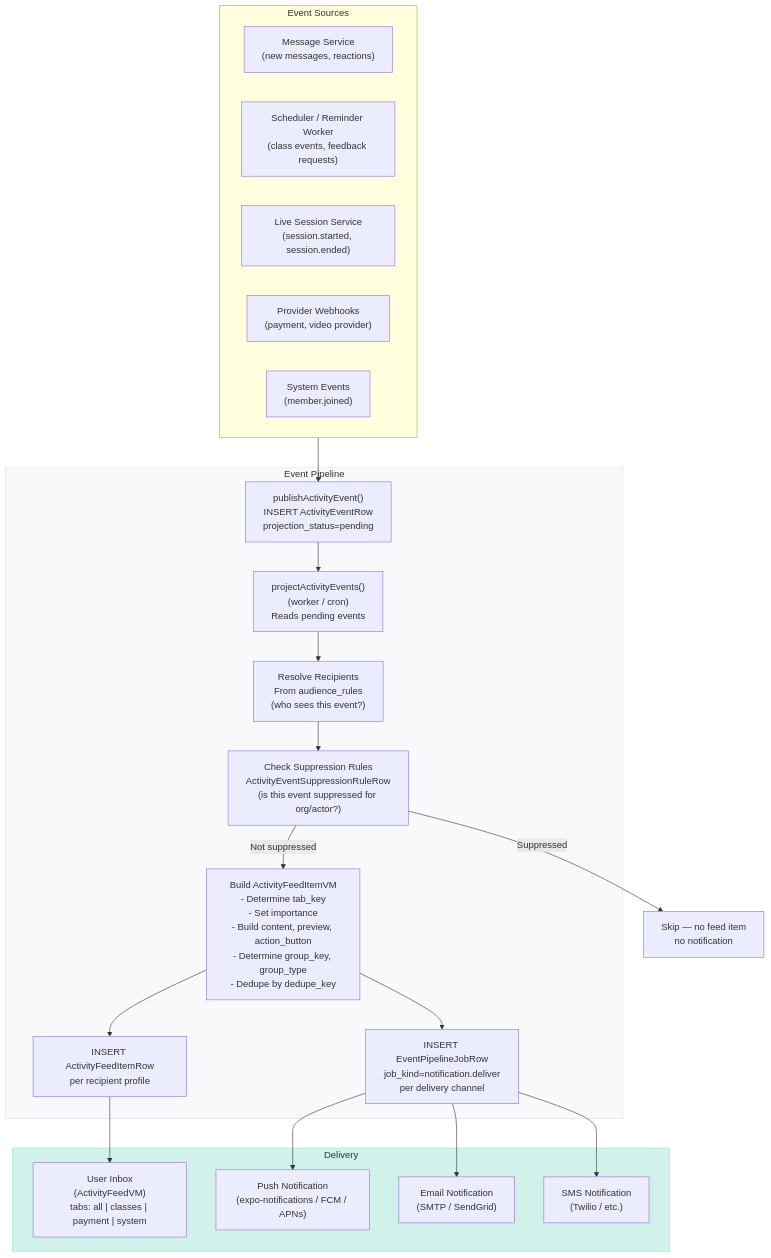
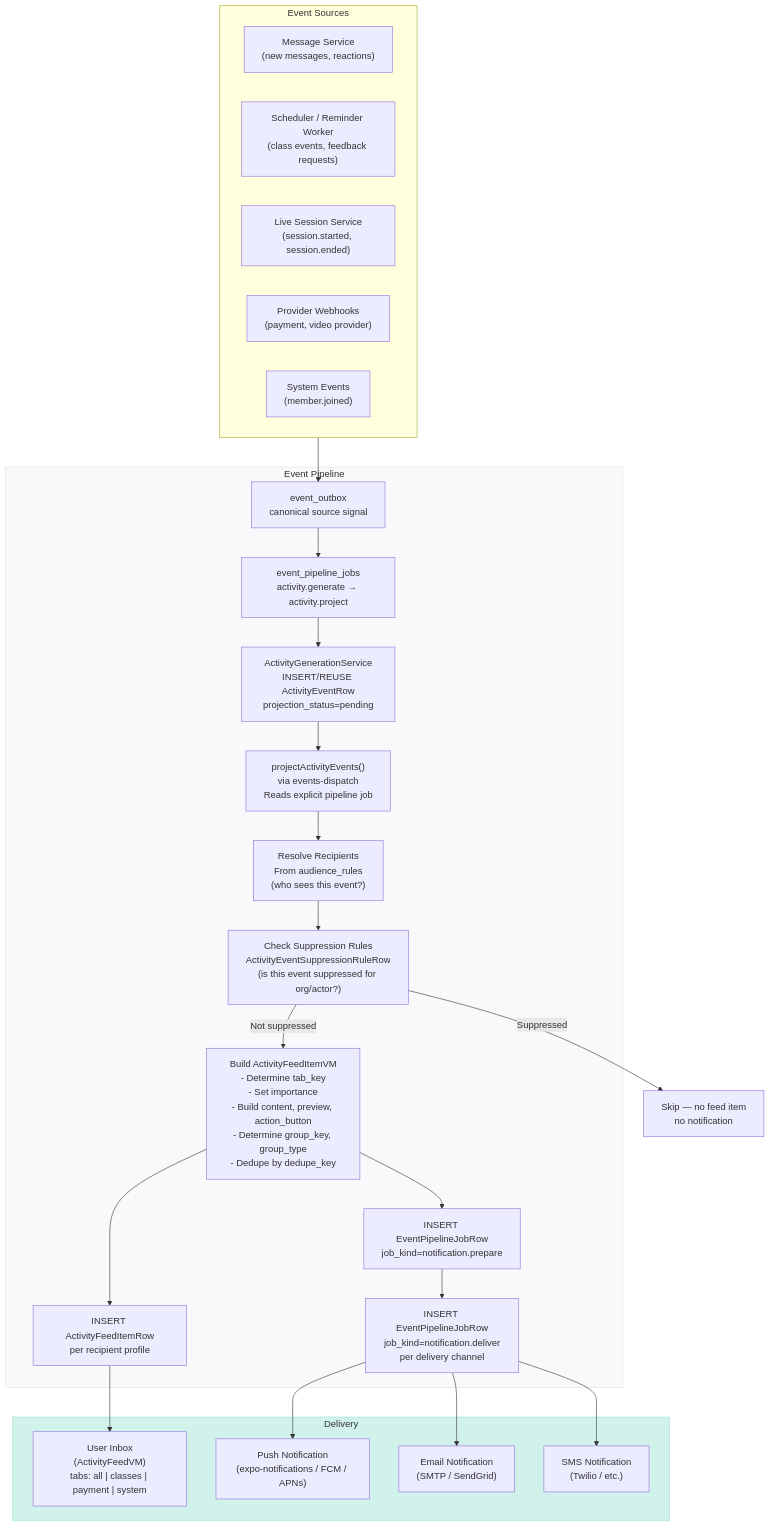
One commit to heidisoft/iconicedu-monorepo changed diagram 24 of 31 in docs/architecture/feature-diagrams.md. Above: the diagram before and after it, drawn with Mermaid. The commit also changed 8 other files, not shown here.

First line of the commit message:
Unify event pipeline docs and add legacy notes

````diff
--- a/docs/architecture/feature-diagrams.md
+++ b/docs/architecture/feature-diagrams.md
@@ -1233,47 +1233,56 @@
 ```mermaid
 flowchart TD
     subgraph SOURCES["Event Sources"]
         MSG_SVC["Message Service\n(new messages, reactions)"]
         SCHED_SVC["Scheduler / Reminder Worker\n(class events, feedback requests)"]
         SESSION_SVC["Live Session Service\n(session.started, session.ended)"]
         WEBHOOK["Provider Webhooks\n(payment, video provider)"]
         SYSTEM["System Events\n(member.joined)"]
     end
 
     subgraph PIPELINE["Event Pipeline"]
-        PUBLISH["publishActivityEvent()\nINSERT ActivityEventRow\nprojection_status=pending"]
+        OUTBOX["event_outbox\ncanonical source signal"]
 
-        PROJECTOR["projectActivityEvents()\n(worker / cron)\nReads pending events"]
+        JOBS["event_pipeline_jobs\nactivity.generate → activity.project"]
+
+        GENERATE["ActivityGenerationService\nINSERT/REUSE ActivityEventRow\nprojection_status=pending"]
+
+        PROJECTOR["projectActivityEvents()\nvia events-dispatch\nReads explicit pipeline job"]
 
         RESOLVE["Resolve Recipients\nFrom audience_rules\n(who sees this event?)"]
 
         SUPPRESS["Check Suppression Rules\nActivityEventSuppressionRuleRow\n(is this event suppressed for org/actor?)"]
 
         BUILD["Build ActivityFeedItemVM\n- Determine tab_key\n- Set importance\n- Build content, preview, action_button\n- Determine group_key, group_type\n- Dedupe by dedupe_key"]
 
         INSERT_FEED["INSERT ActivityFeedItemRow\nper recipient profile"]
+
+        NOTIF_PREP["INSERT EventPipelineJobRow\njob_kind=notification.prepare"]
 
         NOTIF["INSERT EventPipelineJobRow\njob_kind=notification.deliver\nper delivery channel"]
     end
 
     subgraph DELIVERY["Delivery"]
         INBOX["User Inbox\n(ActivityFeedVM)\ntabs: all | classes | payment | system"]
         PUSH["Push Notification\n(expo-notifications / FCM / APNs)"]
         EMAIL["Email Notification\n(SMTP / SendGrid)"]
         SMS["SMS Notification\n(Twilio / etc.)"]
     end
 
-    SOURCES --> PUBLISH
-    PUBLISH --> PROJECTOR
+    SOURCES --> OUTBOX
+    OUTBOX --> JOBS
+    JOBS --> GENERATE
+    GENERATE --> PROJECTOR
     PROJECTOR --> RESOLVE
     RESOLVE --> SUPPRESS
     SUPPRESS -->|Not suppressed| BUILD
     SUPPRESS -->|Suppressed| SKIP["Skip — no feed item\nno notification"]
     BUILD --> INSERT_FEED
-    BUILD --> NOTIF
+    BUILD --> NOTIF_PREP
+    NOTIF_PREP --> NOTIF
     INSERT_FEED --> INBOX
     NOTIF --> PUSH & EMAIL & SMS
 
     style PIPELINE fill:#f8f9fa,stroke:#dee2e6
     style DELIVERY fill:#d1f2eb,stroke:#a3e4d7
 ```
````
